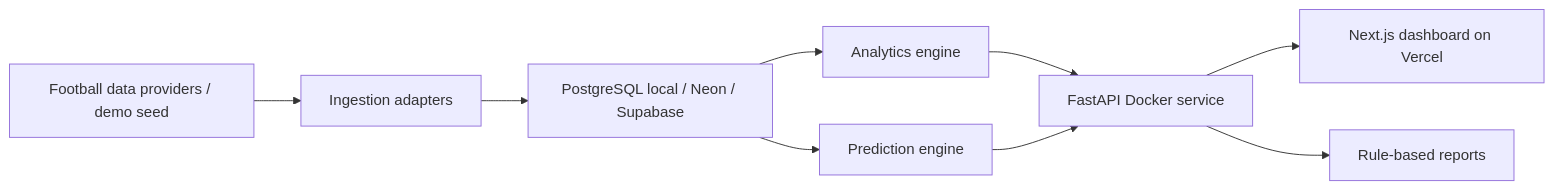
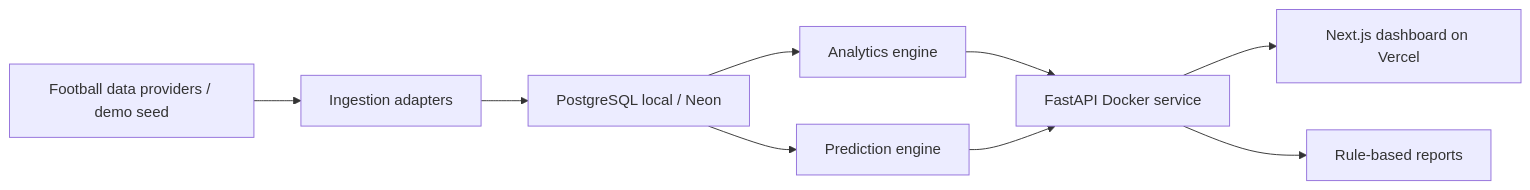
The first of 3 diagrams in docs/architecture.md (im004/scouts-edge), drawn with Mermaid before and after one commit. The commit also changed other lines of this file and 7 other files, not shown here.

Commit message:
Document live deployment architecture

````diff
--- a/docs/architecture.md
+++ b/docs/architecture.md
@@ -7,11 +7,11 @@
 ```mermaid
 flowchart LR
   Provider["Football data providers / demo seed"] --> Ingestion["Ingestion adapters"]
-  Ingestion --> DB["PostgreSQL local / Neon / Supabase"]
+  Ingestion --> DB["PostgreSQL local / Neon"]
   DB --> Analytics["Analytics engine"]
   DB --> Predictions["Prediction engine"]
   Analytics --> API["FastAPI Docker service"]
   Predictions --> API
   API --> Dashboard["Next.js dashboard on Vercel"]
   API --> Reports["Rule-based reports"]
 ```
````
